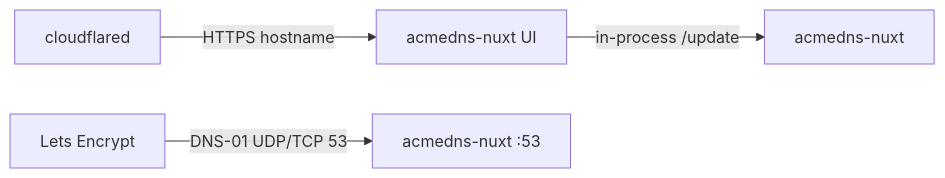
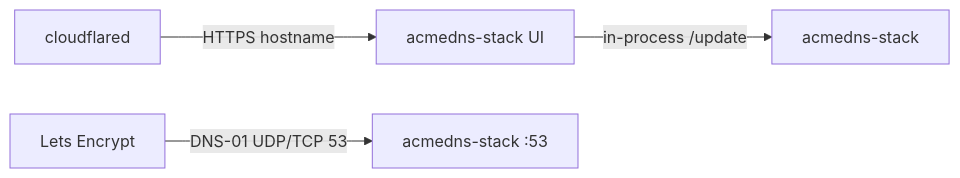
Before and after one commit to HariantoAtWork/dns01-proxy: the diagram in .wiki/Home.md, drawn with Mermaid. The commit also changed other lines of this file and 27 other files, not shown here.

Commit message:
string replace `amcedns-nuxt` to `acmedns-stack` what could go wrong?

````diff
--- a/.wiki/Home.md
+++ b/.wiki/Home.md
@@ -19,6 +19,6 @@
 ```mermaid
 flowchart LR
-  UI[acmedns-nuxt UI] -->|in-process /update| API[acmedns-nuxt]
-  LE[Lets Encrypt] -->|DNS-01 UDP/TCP 53| DNS[acmedns-nuxt :53]
+  UI[acmedns-stack UI] -->|in-process /update| API[acmedns-stack]
+  LE[Lets Encrypt] -->|DNS-01 UDP/TCP 53| DNS[acmedns-stack :53]
   Tunnel[cloudflared] -->|HTTPS hostname| UI
 ```
````
